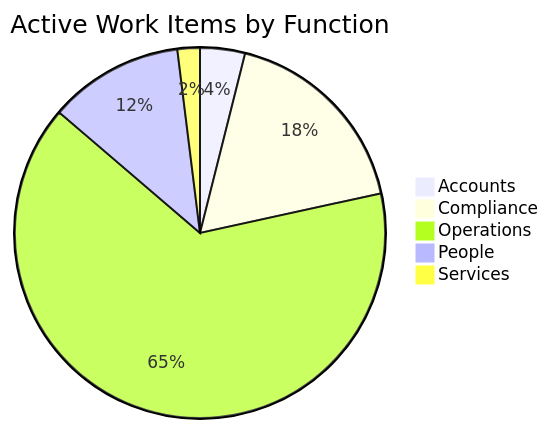
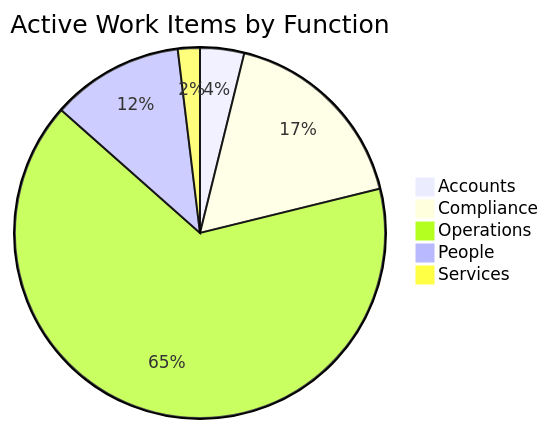
One commit to mgosal/5et.uk changed the first of 3 diagrams in dashboard.md. Above: the diagram before and after it, drawn with Mermaid. The commit also changed other lines of this file and 2 other files, not shown here.

````diff
--- a/dashboard.md
+++ b/dashboard.md
@@ -118,8 +119,8 @@
 ```mermaid
 pie title Active Work Items by Function
     "Accounts" : 2
     "Compliance" : 9
-    "Operations" : 33
+    "Operations" : 34
     "People" : 6
     "Services" : 1
 ```
````
